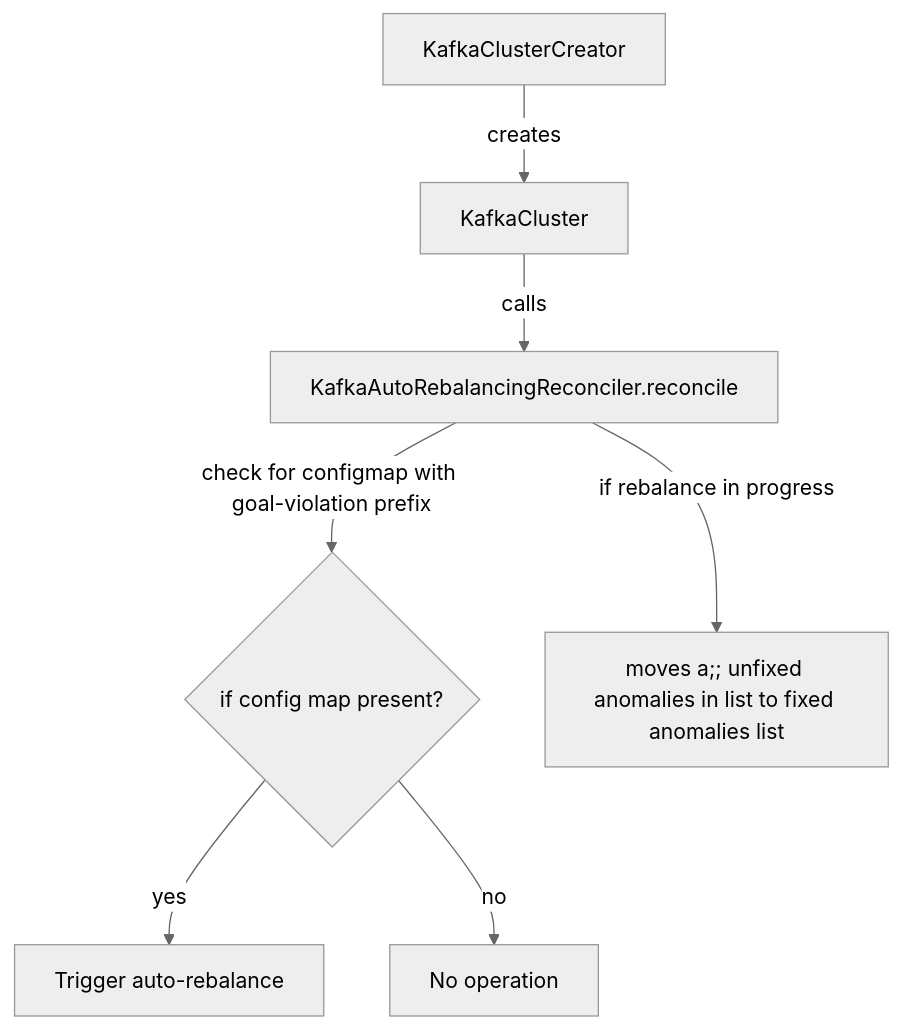
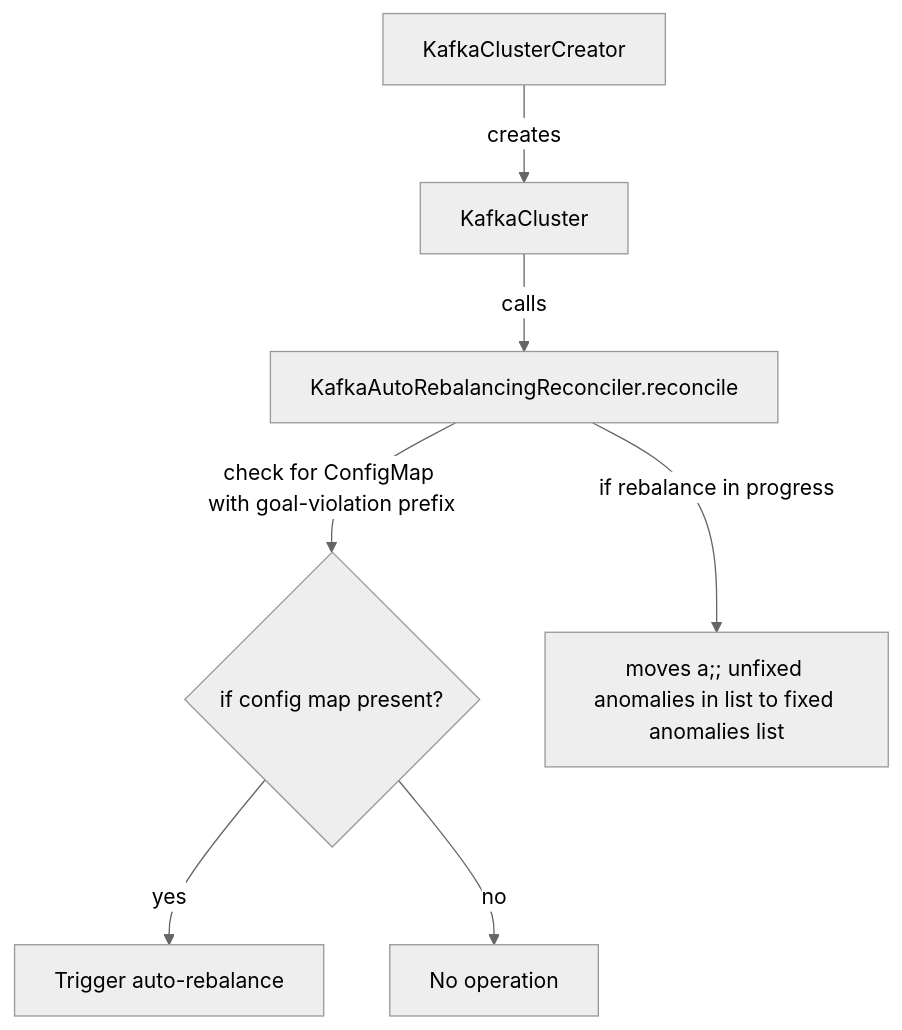
The fifth of 6 diagrams in 106-auto-rebalance-on-imbalanced-clusters.md (strimzi/proposals), drawn with Mermaid (neutral theme) before and after one commit. The commit also changed other lines of this file, not shown here.

````diff
--- a/106-auto-rebalance-on-imbalanced-clusters.md
+++ b/106-auto-rebalance-on-imbalanced-clusters.md
@@ -373,9 +381,9 @@
 ```mermaid
 flowchart TB
   A[KafkaClusterCreator] --creates--> B[KafkaCluster]
   B -- calls --> D[KafkaAutoRebalancingReconciler.reconcile]
-  D -- check for configmap with goal-violation prefix --> E{if config map present?}
+  D -- check for ConfigMap with goal-violation prefix --> E{if config map present?}
   D -- if rebalance in progress --> F[moves a;; unfixed anomalies in list to fixed anomalies list]
   E -- yes --> G[Trigger auto-rebalance]
   E -- no --> H[No operation]
 ```
````
